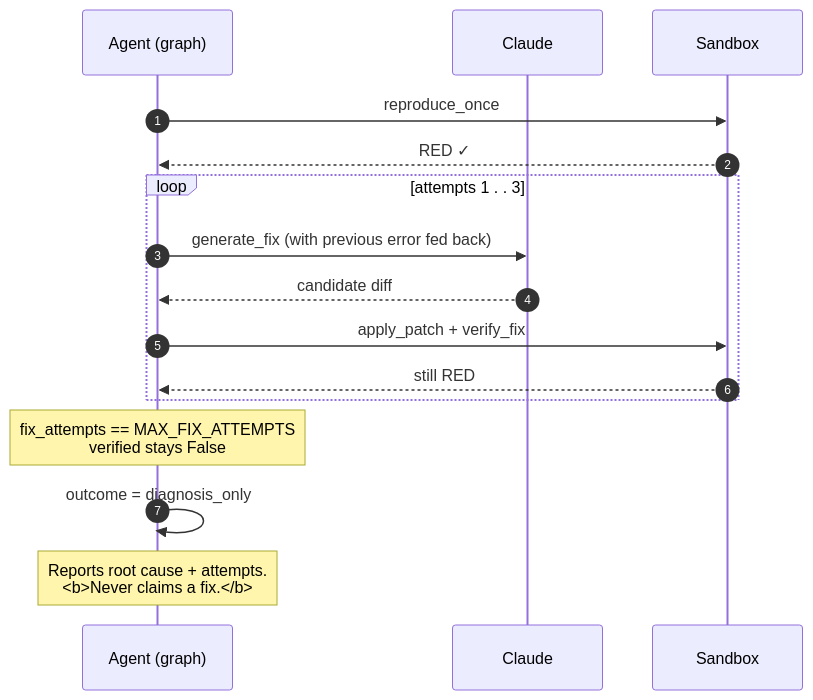
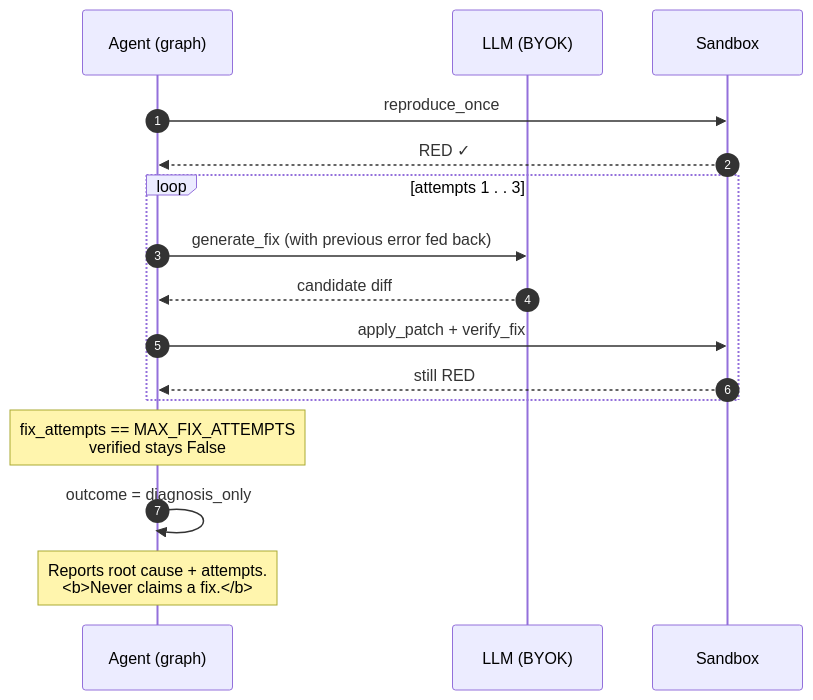
One commit to abhishekKokadwar/CIDRA changed the tenth of 11 diagrams in docs/4_architecture.md. Above: the diagram before and after it, drawn with Mermaid. The commit also changed other lines of this file and 2 other files, not shown here.

First line of the commit message:
docs: add runtime architecture diagram to README and align architecture doc with code

````diff
--- a/docs/4_architecture.md
+++ b/docs/4_architecture.md
@@ -608,21 +663,21 @@
 ```mermaid
 sequenceDiagram
     autonumber
     participant AG as Agent (graph)
-    participant AI as Claude
+    participant AI as LLM (BYOK)
     participant SB as Sandbox
 
     AG->>SB: reproduce_once
     SB-->>AG: RED ✓
 
     loop attempts 1 . . 3
         AG->>AI: generate_fix (with previous error fed back)
         AI-->>AG: candidate diff
         AG->>SB: apply_patch + verify_fix
         SB-->>AG: still RED
     end
 
     Note over AG: fix_attempts == MAX_FIX_ATTEMPTS<br/>verified stays False
     AG->>AG: outcome = diagnosis_only
     Note over AG: Reports root cause + attempts.<br/><b>Never claims a fix.</b>
 ```
````
